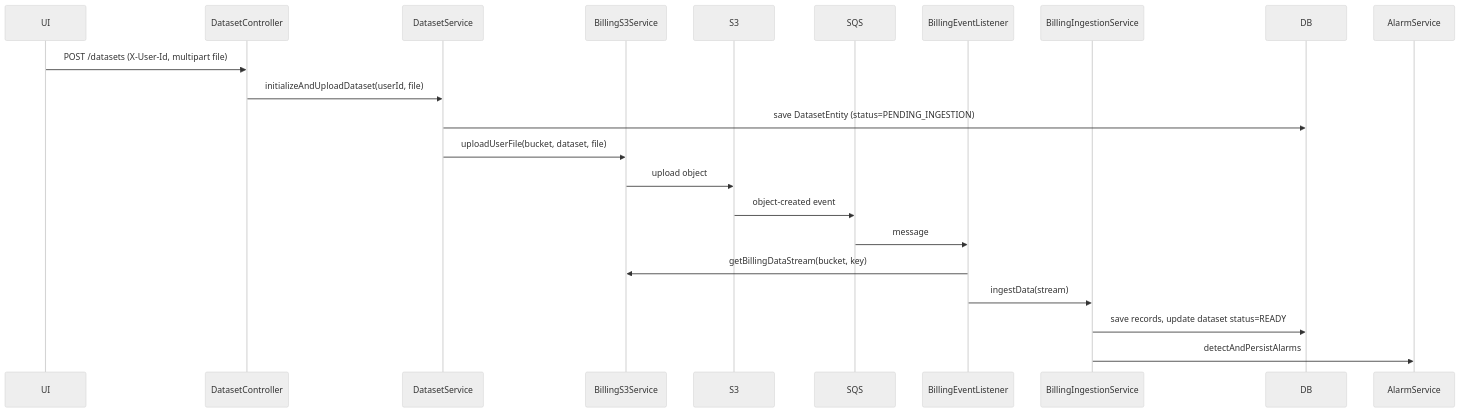
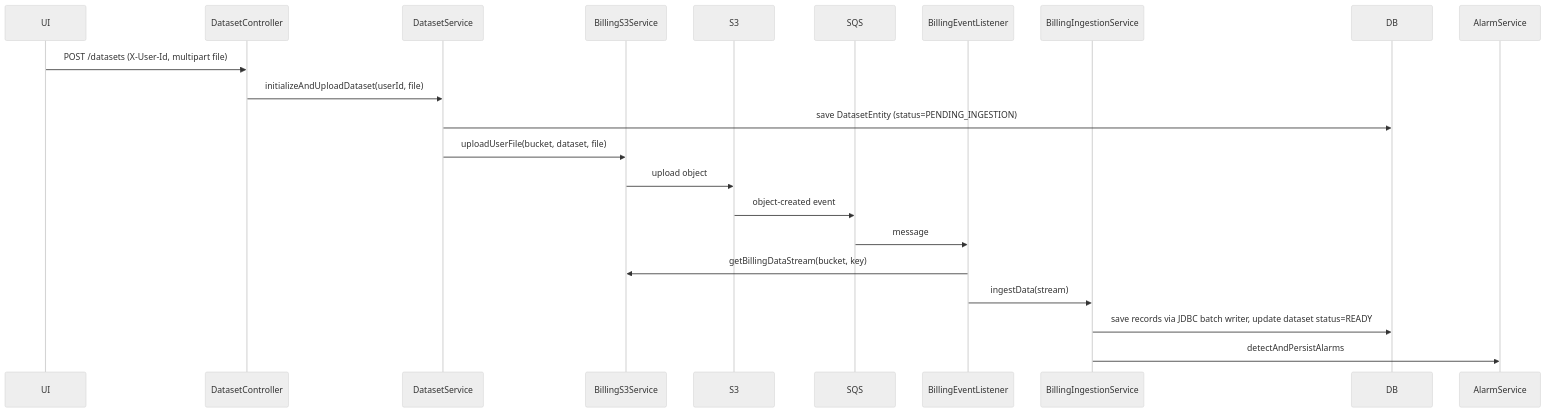
One commit to jawadazeem/Project-ETL changed the fourth of 5 diagrams in docs/product-system-documentation.md. Above: the diagram before and after it, drawn with Mermaid (neutral theme). The commit also changed other lines of this file and 2 other files, not shown here.

````diff
--- a/docs/product-system-documentation.md
+++ b/docs/product-system-documentation.md
@@ -283,23 +376,23 @@
 ```mermaid
 sequenceDiagram
     participant UI
     participant DatasetController
     participant DatasetService
     participant BillingS3Service
     participant S3
     participant SQS
     participant BillingEventListener
     participant BillingIngestionService
     participant DB
     UI->>DatasetController: POST /datasets (X-User-Id, multipart file)
     DatasetController->>DatasetService: initializeAndUploadDataset(userId, file)
     DatasetService->>DB: save DatasetEntity (status=PENDING_INGESTION)
     DatasetService->>BillingS3Service: uploadUserFile(bucket, dataset, file)
     BillingS3Service->>S3: upload object
     S3->>SQS: object-created event
     SQS->>BillingEventListener: message
     BillingEventListener->>BillingS3Service: getBillingDataStream(bucket, key)
     BillingEventListener->>BillingIngestionService: ingestData(stream)
-    BillingIngestionService->>DB: save records, update dataset status=READY
+    BillingIngestionService->>DB: save records via JDBC batch writer, update dataset status=READY
     BillingIngestionService->>AlarmService: detectAndPersistAlarms
 ```
````
